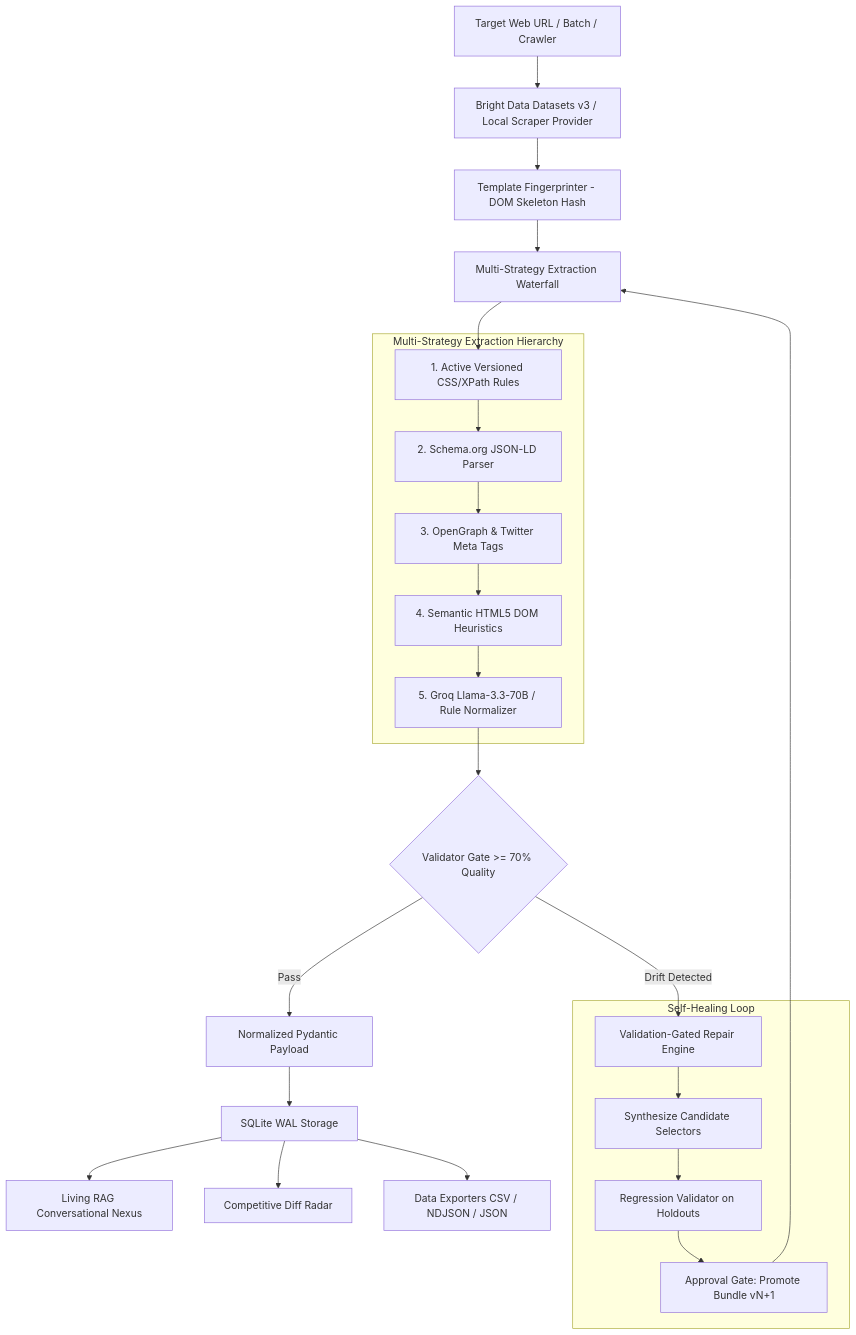
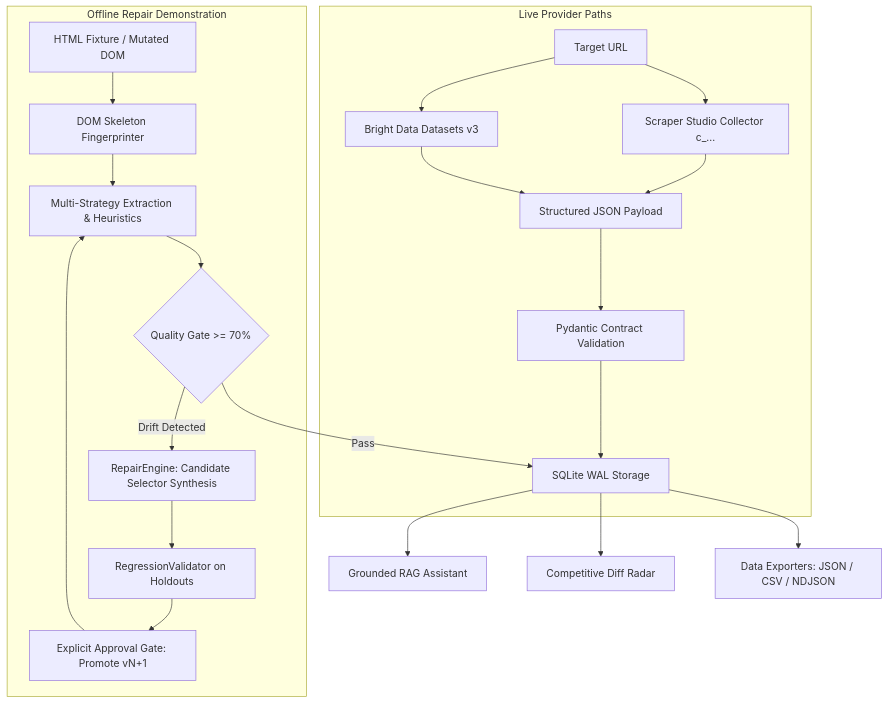
One commit to akshat-lakhera/scrapper changed the diagram in README.md. Above: the diagram before and after it, drawn with Mermaid. The commit also changed other lines of this file and 17 other files, not shown here.

Commit message:
feat: truthful prototype claims, Scraper Studio CLI integration, live metrics, UI craft motion, and defensive rendering

````diff
--- a/README.md
+++ b/README.md
@@ -220,32 +244,26 @@
 ```mermaid
 graph TD
-    A[Target Web URL / Batch / Crawler] --> B[Bright Data Datasets v3 / Local Scraper Provider]
-    B --> C[Template Fingerprinter - DOM Skeleton Hash]
-    C --> D[Multi-Strategy Extraction Waterfall]
-    
-    subgraph Multi-Strategy Extraction Hierarchy
-        D1[1. Active Versioned CSS/XPath Rules]
-        D2[2. Schema.org JSON-LD Parser]
-        D3[3. OpenGraph & Twitter Meta Tags]
-        D4[4. Semantic HTML5 DOM Heuristics]
-        D5[5. Groq Llama-3.3-70B / Rule Normalizer]
+    subgraph Live Provider Paths
+        A1[Target URL] --> A2[Scraper Studio Collector c_...]
+        A1 --> A3[Bright Data Datasets v3]
+        A2 --> A4[Structured JSON Payload]
+        A3 --> A4
+        A4 --> A5[Pydantic Contract Validation]
+        A5 --> A6[SQLite WAL Storage]
     end
-    
-    D --> D1 --> D2 --> D3 --> D4 --> D5
-    D5 --> E{Validator Gate >= 70% Quality}
-    
-    E -- Pass --> F[Normalized Pydantic Payload]
-    E -- Drift Detected --> G[Validation-Gated Repair Engine]
-    
-    subgraph Self-Healing Loop
-        G --> H[Synthesize Candidate Selectors]
-        H --> I[Regression Validator on Holdouts]
-        I --> J[Approval Gate: Promote Bundle vN+1]
+
+    subgraph Offline Repair Demonstration
+        B1[HTML Fixture / Mutated DOM] --> B2[DOM Skeleton Fingerprinter]
+        B2 --> B3[Multi-Strategy Extraction & Heuristics]
+        B3 --> B4{Quality Gate >= 70%}
+        B4 -- Pass --> A6
+        B4 -- Drift Detected --> B5[RepairEngine: Candidate Selector Synthesis]
+        B5 --> B6[RegressionValidator on Holdouts]
+        B6 --> B7[Explicit Approval Gate: Promote vN+1]
+        B7 --> B3
     end
-    
-    J --> D
-    F --> K[SQLite WAL Storage]
-    K --> L[Living RAG Conversational Nexus]
-    K --> M[Competitive Diff Radar]
-    K --> N[Data Exporters CSV / NDJSON / JSON]
+
+    A6 --> C1[Grounded RAG Assistant]
+    A6 --> C2[Competitive Diff Radar]
+    A6 --> C3[Data Exporters: JSON / CSV / NDJSON]
 ```
````
